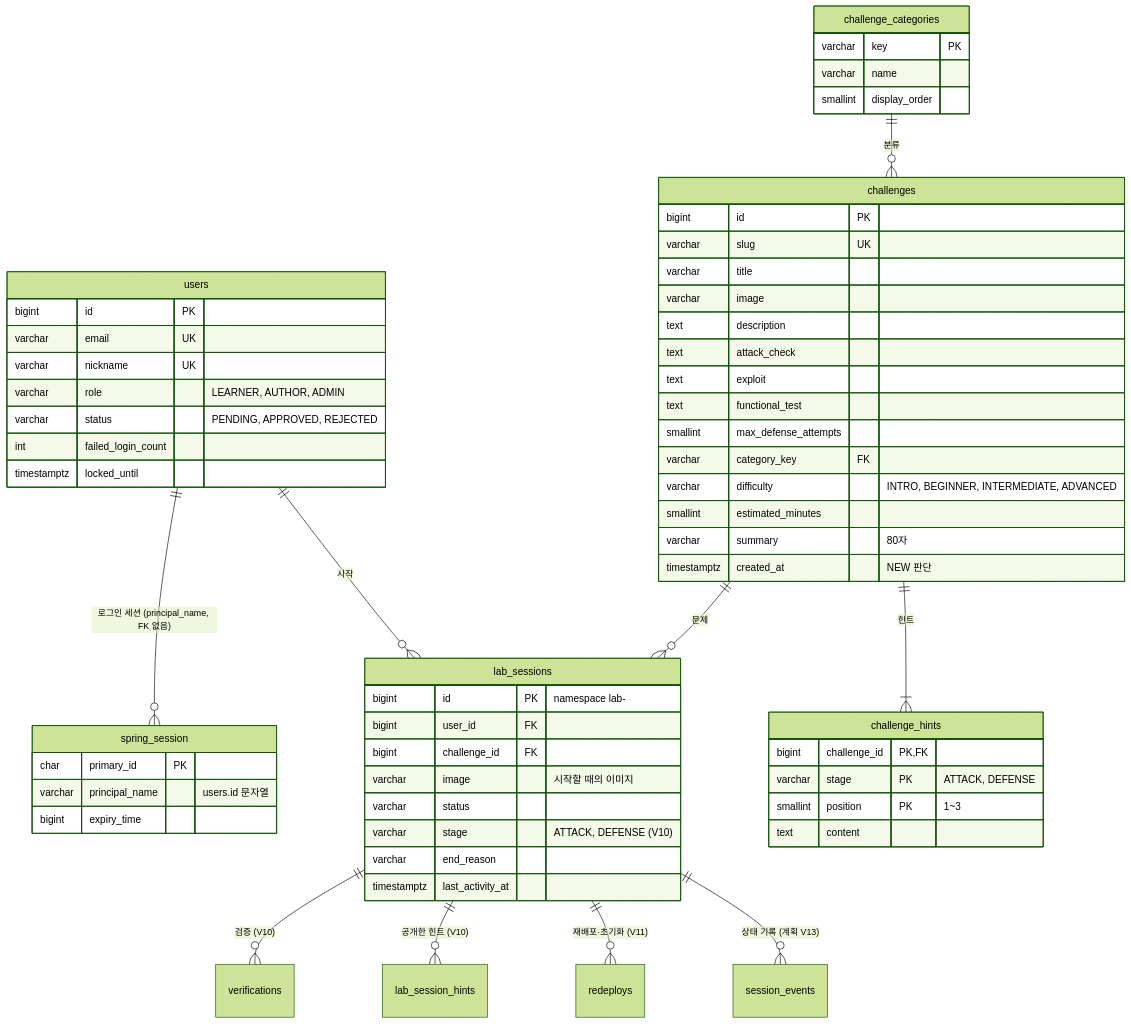
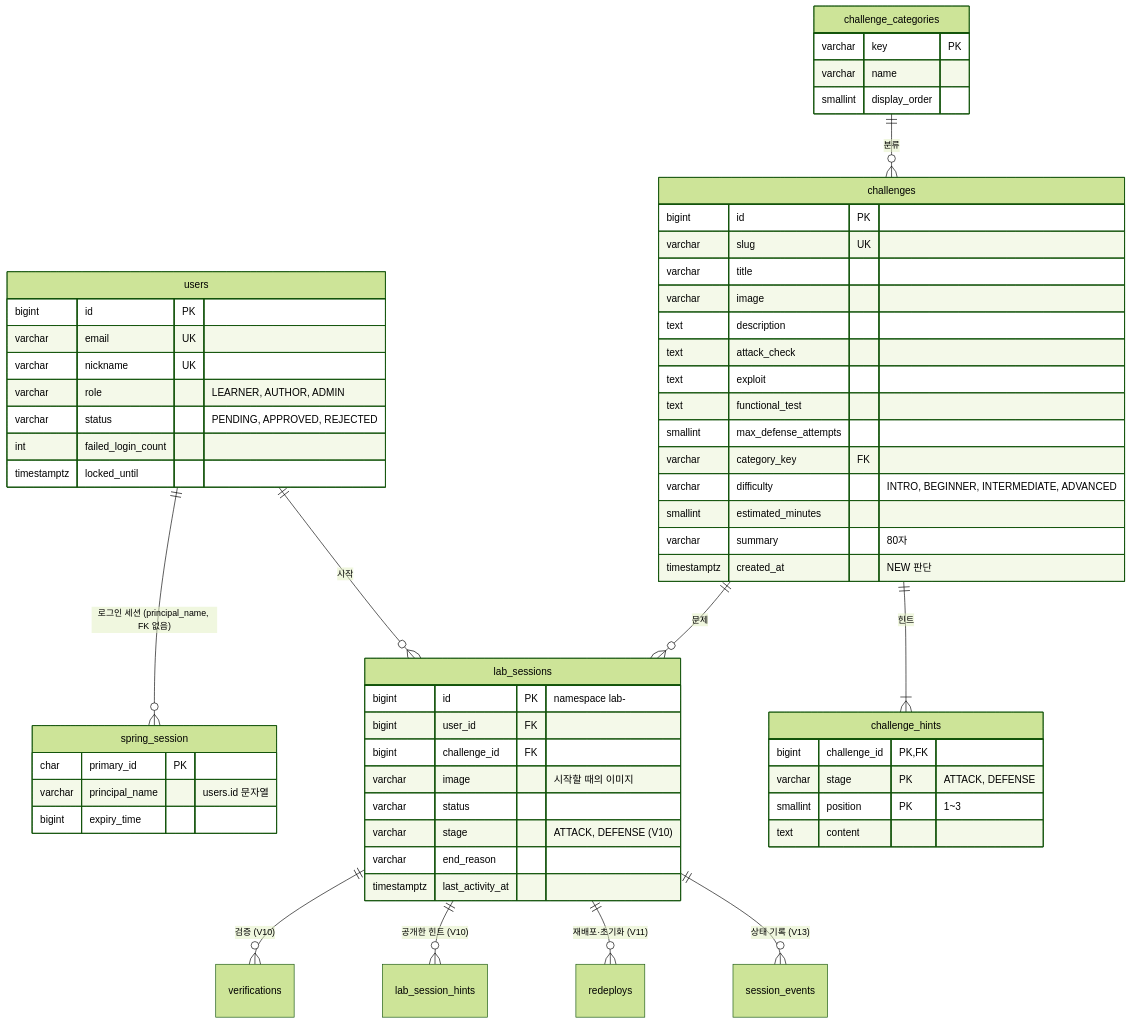
Before and after one commit to pg-hackforge/hackforge-docs: the diagram in data-model.md, drawn with Mermaid (forest theme). The commit also changed other lines of this file and 2 other files, not shown here.

````diff
--- a/data-model.md
+++ b/data-model.md
@@ -7,64 +7,64 @@
 ```mermaid
 erDiagram
     users ||--o{ spring_session : "로그인 세션 (principal_name, FK 없음)"
     users ||--o{ lab_sessions : "시작"
     challenges ||--o{ lab_sessions : "문제"
     challenges ||--|{ challenge_hints : "힌트"
     challenge_categories ||--o{ challenges : "분류"
     lab_sessions ||--o{ verifications : "검증 (V10)"
     lab_sessions ||--o{ lab_session_hints : "공개한 힌트 (V10)"
     lab_sessions ||--o{ redeploys : "재배포·초기화 (V11)"
-    lab_sessions ||--o{ session_events : "상태 기록 (계획 V13)"
+    lab_sessions ||--o{ session_events : "상태 기록 (V13)"
 
     users {
         bigint id PK
         varchar email UK
         varchar nickname UK
         varchar role "LEARNER, AUTHOR, ADMIN"
         varchar status "PENDING, APPROVED, REJECTED"
         int failed_login_count
         timestamptz locked_until
     }
     spring_session {
         char primary_id PK
         varchar principal_name "users.id 문자열"
         bigint expiry_time
     }
     challenges {
         bigint id PK
         varchar slug UK
         varchar title
         varchar image
         text description
         text attack_check
         text exploit
         text functional_test
         smallint max_defense_attempts
         varchar category_key FK
         varchar difficulty "INTRO, BEGINNER, INTERMEDIATE, ADVANCED"
         smallint estimated_minutes
         varchar summary "80자"
         timestamptz created_at "NEW 판단"
     }
     challenge_categories {
         varchar key PK
         varchar name
         smallint display_order
     }
     challenge_hints {
         bigint challenge_id PK, FK
         varchar stage PK "ATTACK, DEFENSE"
         smallint position PK "1~3"
         text content
     }
     lab_sessions {
         bigint id PK "namespace lab-<id>"
         bigint user_id FK
         bigint challenge_id FK
         varchar image "시작할 때의 이미지"
         varchar status
         varchar stage "ATTACK, DEFENSE (V10)"
         varchar end_reason
         timestamptz last_activity_at
     }
 ```
````
